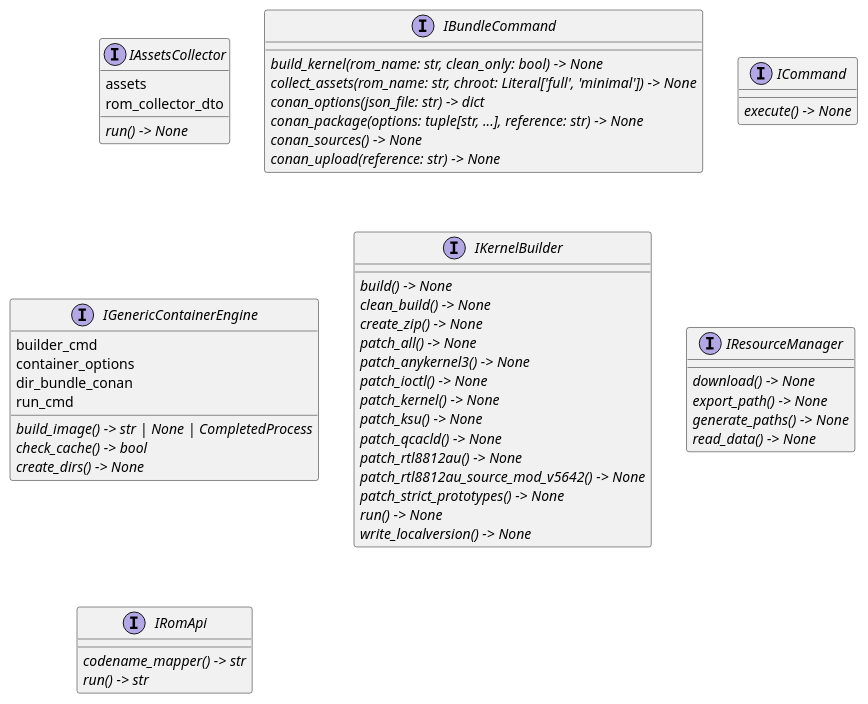
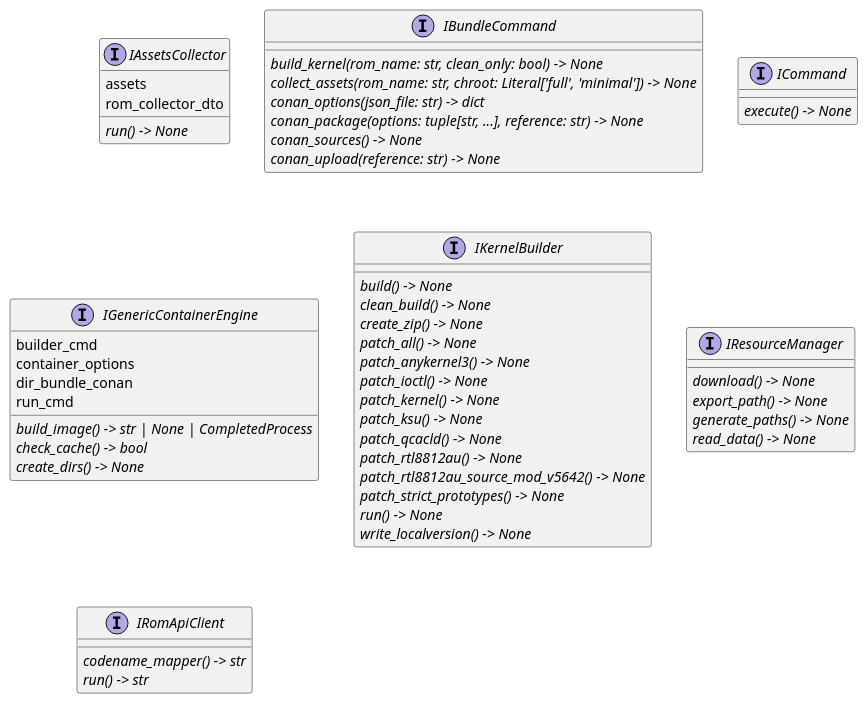
One commit to seppzer0/zero_kernel changed the diagram in docs/architecture/interfaces/classes.puml. Above: the diagram before and after it, drawn with PlantUML. The commit also changed 10 other files, not shown here.

```diff
--- a/docs/architecture/interfaces/classes.puml
+++ b/docs/architecture/interfaces/classes.puml
@@ -1,54 +1,54 @@
 @startuml classes
 set namespaceSeparator none
 interface "IAssetsCollector" as interfaces.modules.IAssetsCollector {
   assets
   rom_collector_dto
   {abstract}run() -> None
 }
 interface "IBundleCommand" as interfaces.commands.IBundleCommand {
   {abstract}build_kernel(rom_name: str, clean_only: bool) -> None
   {abstract}collect_assets(rom_name: str, chroot: Literal['full', 'minimal']) -> None
   {abstract}conan_options(json_file: str) -> dict
   {abstract}conan_package(options: tuple[str, ...], reference: str) -> None
   {abstract}conan_sources() -> None
   {abstract}conan_upload(reference: str) -> None
 }
 interface "ICommand" as interfaces.commands.ICommand {
   {abstract}execute() -> None
 }
 interface "IGenericContainerEngine" as interfaces.engines.IGenericContainerEngine {
   builder_cmd
   container_options
   dir_bundle_conan
   run_cmd
   {abstract}build_image() -> str | None | CompletedProcess
   {abstract}check_cache() -> bool
   {abstract}create_dirs() -> None
 }
 interface "IKernelBuilder" as interfaces.modules.IKernelBuilder {
   {abstract}build() -> None
   {abstract}clean_build() -> None
   {abstract}create_zip() -> None
   {abstract}patch_all() -> None
   {abstract}patch_anykernel3() -> None
   {abstract}patch_ioctl() -> None
   {abstract}patch_kernel() -> None
   {abstract}patch_ksu() -> None
   {abstract}patch_qcacld() -> None
   {abstract}patch_rtl8812au() -> None
   {abstract}patch_rtl8812au_source_mod_v5642() -> None
   {abstract}patch_strict_prototypes() -> None
   {abstract}run() -> None
   {abstract}write_localversion() -> None
 }
 interface "IResourceManager" as interfaces.managers.IResourceManager {
   {abstract}download() -> None
   {abstract}export_path() -> None
   {abstract}generate_paths() -> None
   {abstract}read_data() -> None
 }
-interface "IRomApi" as interfaces.clients.IRomApi {
+interface "IRomApiClient" as interfaces.clients.IRomApiClient {
   {abstract}codename_mapper() -> str
   {abstract}run() -> str
 }
 @enduml
```
